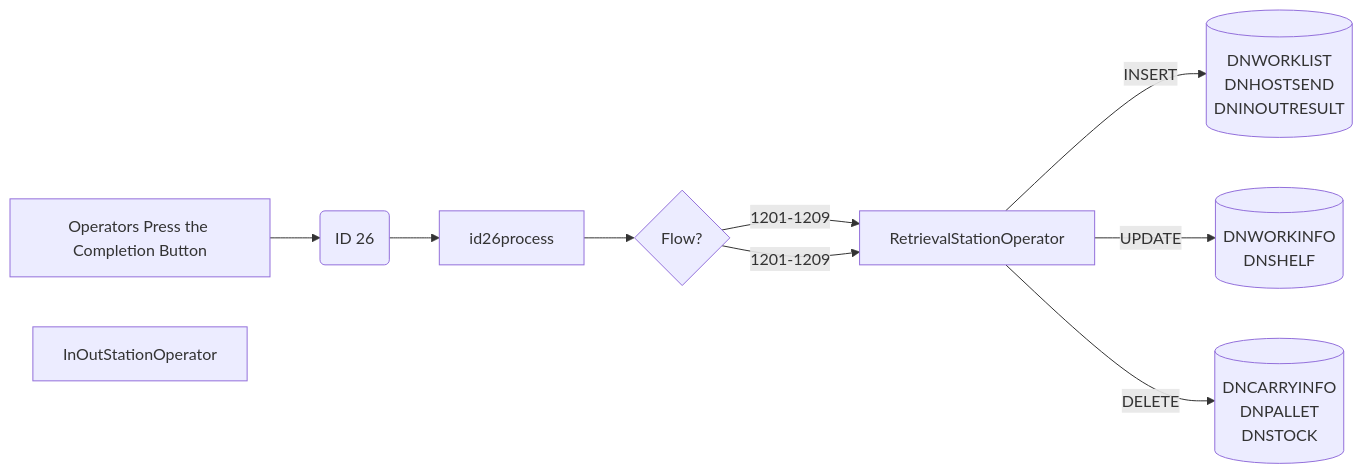
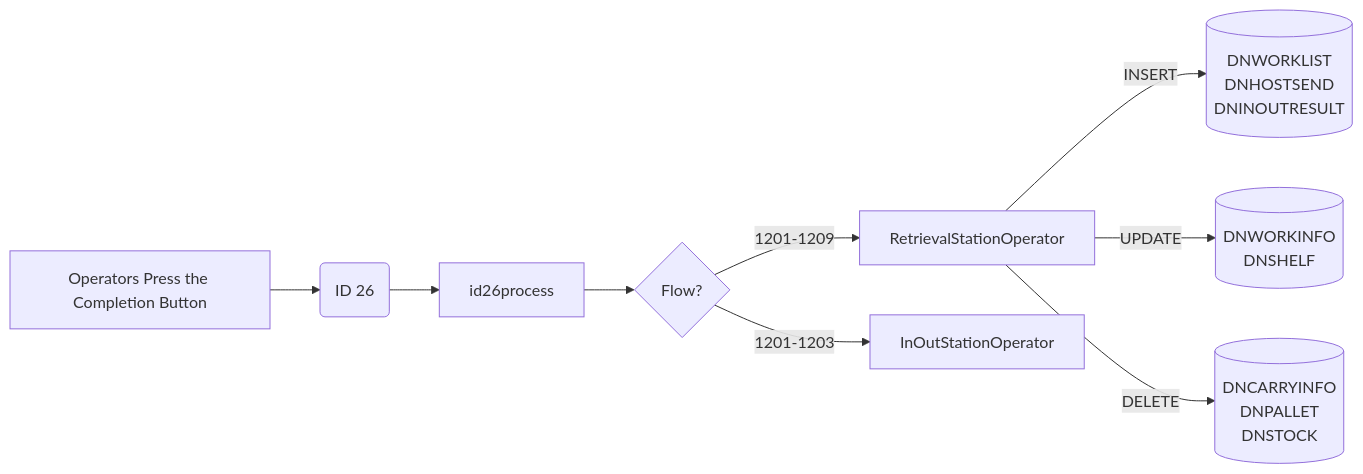
Diagram 19 of 19 in Basic-Design/DFD-WMS/Retrieval/Specific-Location-Retrieval-Setting.md (luthfiadityaa/SimeDarby-Wiki), drawn with Mermaid before and after one commit.

Commit message:
Updated Specific Location Retrieval Setting

```diff
--- a/Basic-Design/DFD-WMS/Retrieval/Specific-Location-Retrieval-Setting.md
+++ b/Basic-Design/DFD-WMS/Retrieval/Specific-Location-Retrieval-Setting.md
@@ -834,42 +834,42 @@
 ::: mermaid
 flowchart LR
 
 buttonclicked["
 Operators Press the Completion Button
 "]
 
 id26msg("
 ID 26
 ")
 
 id26-update[("
 DNWORKINFO
 DNSHELF
 ")]
 
 id26-delete[("
 DNCARRYINFO
 DNPALLET
 DNSTOCK
 ")]
 
 id26-insert[("
 DNWORKLIST
 DNHOSTSEND
 DNINOUTRESULT
 ")]
 
 id26process[id26process]
 retrievaloperator[RetrievalStationOperator]
 inOutStationOperator[InOutStationOperator]
 
 
 buttonclicked --> id26msg
 id26msg -->id26process-->Cond1{Flow?}
 Cond1{Flow?} --> |1201-1209| retrievaloperator
-Cond1{Flow?} --> |1201-1209| retrievaloperator
+Cond1{Flow?} --> |1201-1203| inOutStationOperator
 
 retrievaloperator--> |INSERT| id26-insert
 retrievaloperator--> |UPDATE| id26-update
 retrievaloperator--> |DELETE| id26-delete
 :::
```
